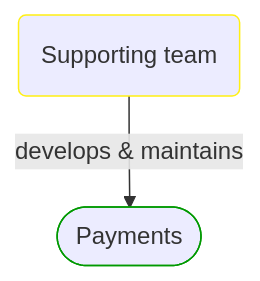
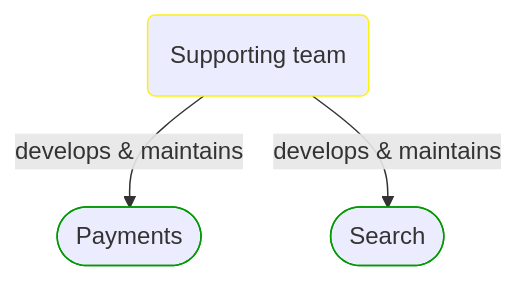
The first of 2 diagrams in Docs/P3/MermaidOutput/People/DevelopmentTeams/SupportingTeam.md (itlibrium/DDD-starter-dotnet), drawn with Mermaid before and after one commit. The commit also changed other lines of this file and 10 other files, not shown here.

````diff
--- a/Docs/P3/MermaidOutput/People/DevelopmentTeams/SupportingTeam.md
+++ b/Docs/P3/MermaidOutput/People/DevelopmentTeams/SupportingTeam.md
@@ -19,11 +19,14 @@
 ```mermaid
   flowchart TB
     0(Supporting team)
     class 0 PeoplePerspective
     1([Payments])
     class 1 DomainPerspective
     0-->|develops & maintains|1
+    2([Search])
+    class 2 DomainPerspective
+    0-->|develops & maintains|2
     classDef DomainPerspective stroke:#009900
     classDef TechnologyPerspective stroke:#1F41EB
     classDef PeoplePerspective stroke:#FFF014
 ```
````
